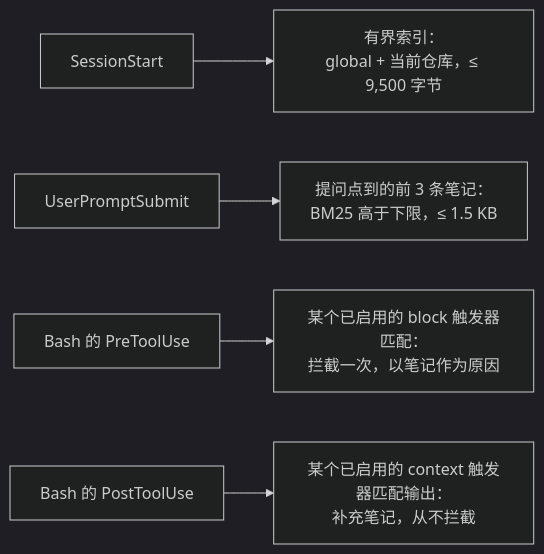
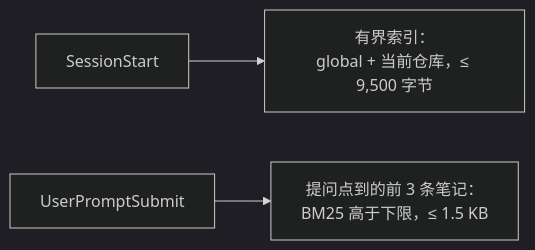
The third of 4 diagrams in docs-site/zh/architecture/memory.md (wyx-sg/Coffer), drawn with Mermaid (dark theme) before and after one commit. The commit also changed other lines of this file and 610 other files, not shown here.

````diff
--- a/docs-site/zh/architecture/memory.md
+++ b/docs-site/zh/architecture/memory.md
@@ -228,7 +240,5 @@
 ```mermaid
 flowchart LR
   S["SessionStart"] --> I["有界索引：<br/>global + 当前仓库，≤ 9,500 字节"]
   P["UserPromptSubmit"] --> R["提问点到的前 3 条笔记：<br/>BM25 高于下限，≤ 1.5 KB"]
-  B["Bash 的 PreToolUse"] --> G["某个已启用的 block 触发器匹配：<br/>拦截一次，以笔记作为原因"]
-  A["Bash 的 PostToolUse"] --> E["某个已启用的 context 触发器匹配输出：<br/>补充笔记，从不拦截"]
 ```
````
